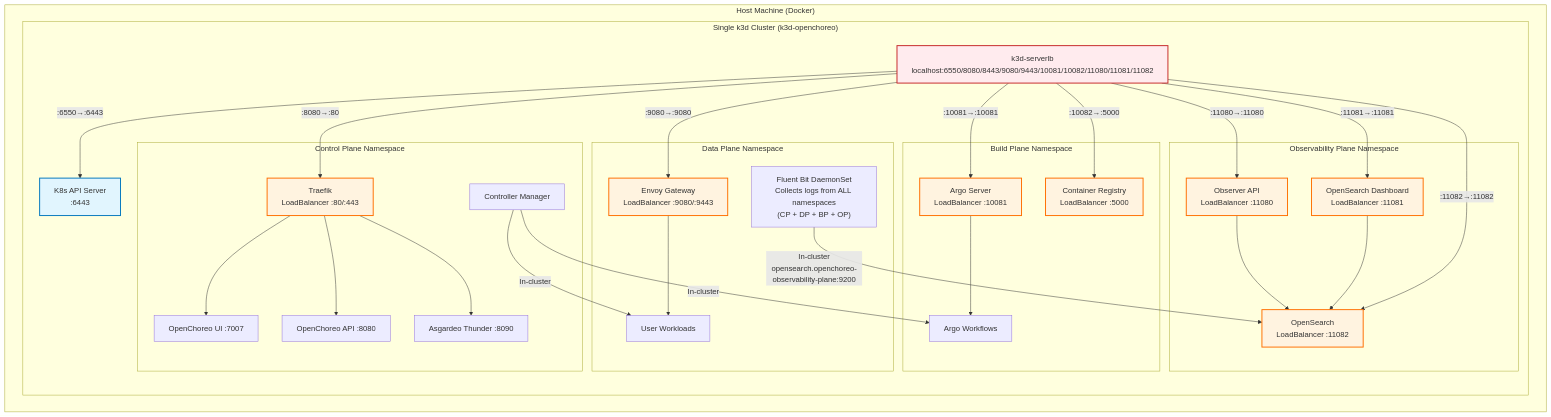
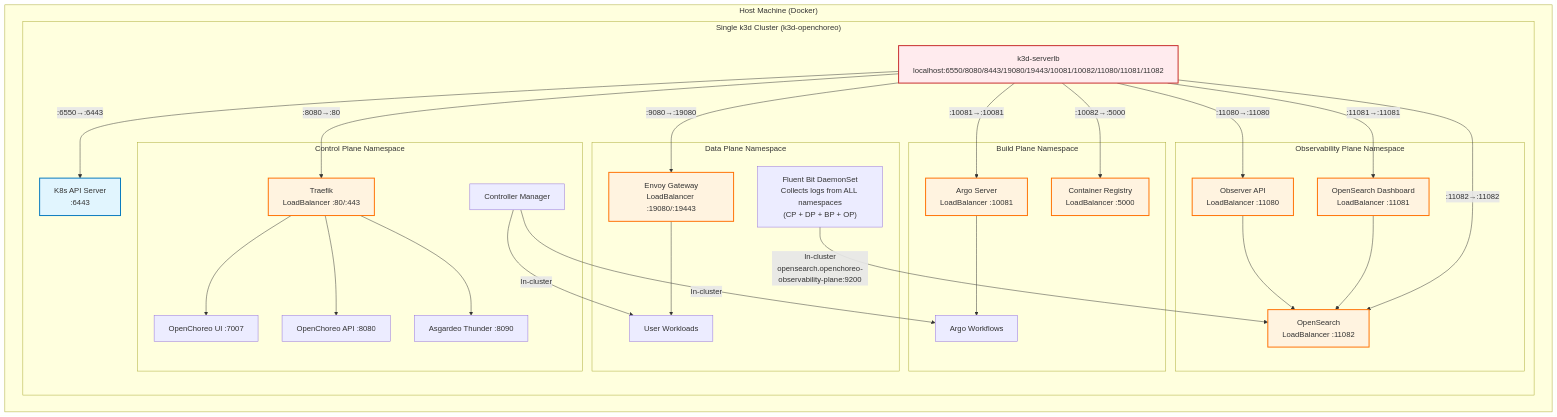
One commit to rashadism/openchoreo changed the diagram in install/k3d/single-cluster/README.md. Above: the diagram before and after it, drawn with Mermaid. The commit also changed other lines of this file and 15 other files, not shown here.

````diff
--- a/install/k3d/single-cluster/README.md
+++ b/install/k3d/single-cluster/README.md
@@ -274,74 +274,74 @@
 ```mermaid
 graph TB
     subgraph "Host Machine (Docker)"
         subgraph "Single k3d Cluster (k3d-openchoreo)"
-            ExtLB["k3d-serverlb<br/>localhost:6550/8080/8443/9080/9443/10081/10082/11080/11081/11082"]
+            ExtLB["k3d-serverlb<br/>localhost:6550/8080/8443/19080/19443/10081/10082/11080/11081/11082"]
             K8sAPI["K8s API Server<br/>:6443"]
 
             subgraph "Control Plane Namespace"
                 CP_IntLB["Traefik<br/>LoadBalancer :80/:443"]
                 CP["Controller Manager"]
                 API["OpenChoreo API :8080"]
                 UI["OpenChoreo UI :7007"]
                 Thunder["Asgardeo Thunder :8090"]
             end
 
             subgraph "Data Plane Namespace"
-                DP_IntLB["Envoy Gateway<br/>LoadBalancer :9080/:9443"]
+                DP_IntLB["Envoy Gateway<br/>LoadBalancer :19080/:19443"]
                 Workloads["User Workloads"]
                 FB_ALL["Fluent Bit DaemonSet<br/>Collects logs from ALL namespaces<br/>(CP + DP + BP + OP)"]
             end
 
             subgraph "Build Plane Namespace"
                 BP_IntLB["Argo Server<br/>LoadBalancer :10081"]
                 Registry["Container Registry<br/>LoadBalancer :5000"]
                 ArgoWF["Argo Workflows"]
             end
 
             subgraph "Observability Plane Namespace"
                 Observer["Observer API<br/>LoadBalancer :11080"]
                 OSD["OpenSearch Dashboard<br/>LoadBalancer :11081"]
                 OS["OpenSearch<br/>LoadBalancer :11082"]
             end
 
             %% External access via load balancer
             ExtLB -->|":6550→:6443"| K8sAPI
             ExtLB -->|":8080→:80"| CP_IntLB
-            ExtLB -->|":9080→:9080"| DP_IntLB
+            ExtLB -->|":9080→:19080"| DP_IntLB
             ExtLB -->|":10081→:10081"| BP_IntLB
             ExtLB -->|":10082→:5000"| Registry
             ExtLB -->|":11080→:11080"| Observer
             ExtLB -->|":11081→:11081"| OSD
             ExtLB -->|":11082→:11082"| OS
 
             %% Control plane internal routing
             CP_IntLB --> UI
             CP_IntLB --> API
             CP_IntLB --> Thunder
 
             %% Data plane internal routing
             DP_IntLB --> Workloads
             BP_IntLB --> ArgoWF
 
             %% Control plane to workload communication (in-cluster)
             CP -->|"In-cluster"| Workloads
             CP -->|"In-cluster"| ArgoWF
 
             %% Logging flow - ALL logs go through Data Plane FluentBit
             FB_ALL -->|"In-cluster<br/>opensearch.openchoreo-observability-plane:9200"| OS
 
             %% Observability internal
             Observer --> OS
             OSD --> OS
         end
     end
 
     %% Styling
     classDef extLbStyle fill:#ffebee,stroke:#c62828,stroke-width:2px
     classDef intLbStyle fill:#fff3e0,stroke:#ff6f00,stroke-width:2px
     classDef apiStyle fill:#e1f5fe,stroke:#0277bd,stroke-width:2px
 
     class ExtLB extLbStyle
     class CP_IntLB,DP_IntLB,BP_IntLB,Registry,Observer,OSD,OS intLbStyle
     class K8sAPI apiStyle
 ```
````
